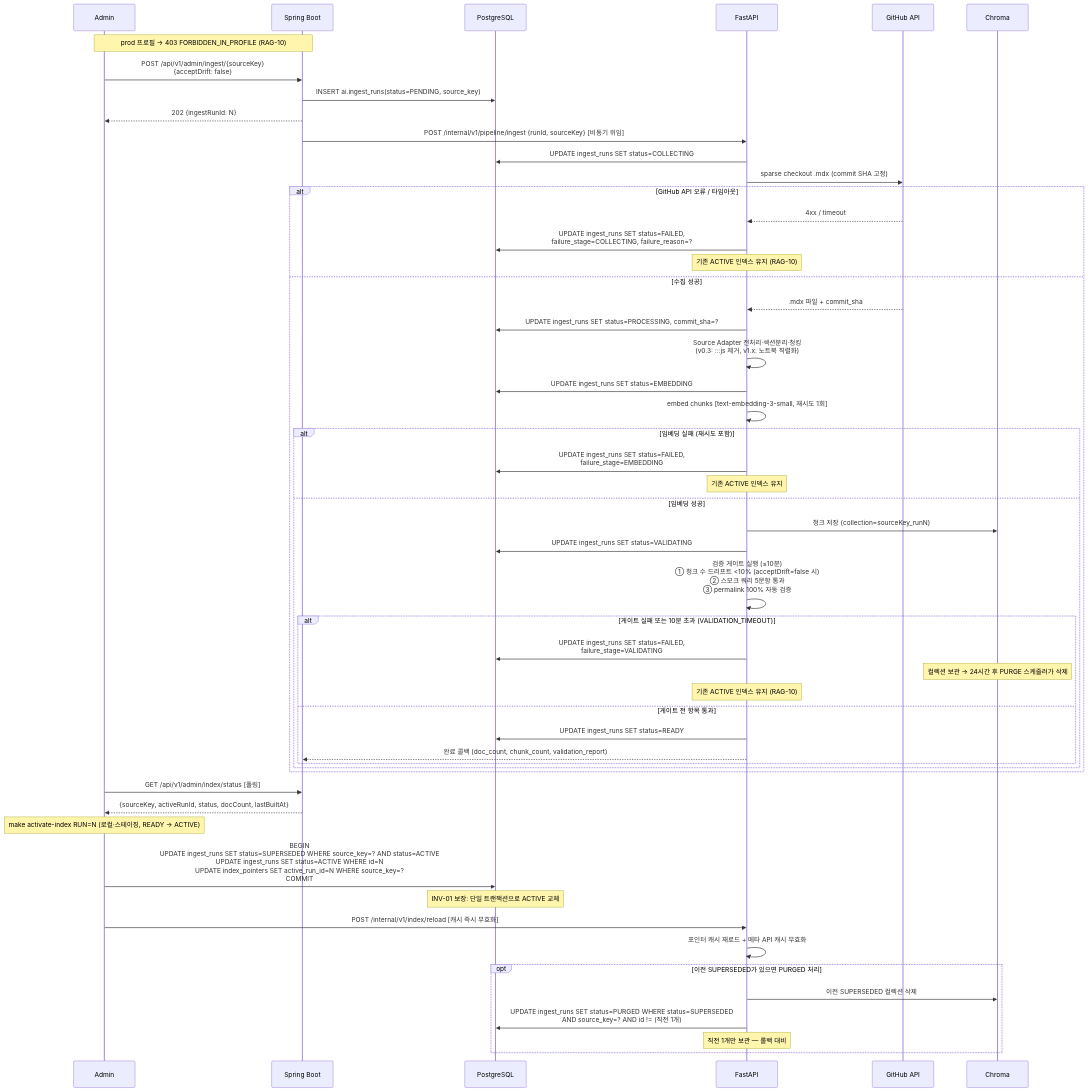
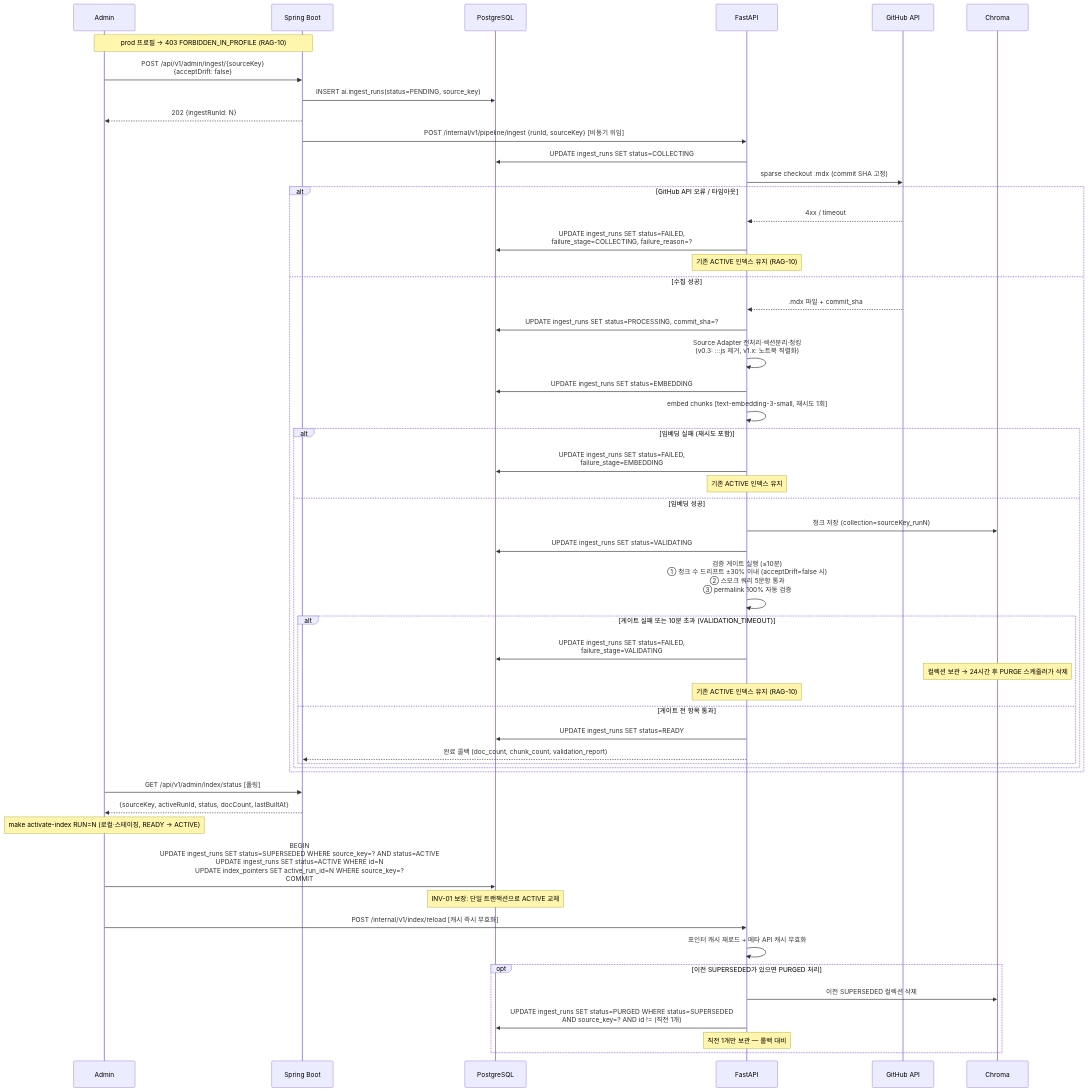
Diagram 11 of 12 in docs/architecture/diagrams.md (r1nn-dev/contextq-rag), drawn with Mermaid before and after one commit. The commit also changed other lines of this file and 12 other files, not shown here.

````diff
--- a/docs/architecture/diagrams.md
+++ b/docs/architecture/diagrams.md
@@ -457,66 +457,66 @@
 ```mermaid
 sequenceDiagram
     participant Admin
     participant BE as Spring Boot
     participant DB as PostgreSQL
     participant AI as FastAPI
     participant GH as GitHub API
     participant VDB as Chroma
 
     Note over Admin,BE: prod 프로필 → 403 FORBIDDEN_IN_PROFILE (RAG-10)
     Admin->>BE: POST /api/v1/admin/ingest/{sourceKey}<br/>{acceptDrift: false}
     BE->>DB: INSERT ai.ingest_runs(status=PENDING, source_key)
     BE-->>Admin: 202 {ingestRunId: N}
     BE->>AI: POST /internal/v1/pipeline/ingest {runId, sourceKey} [비동기 위임]
 
     AI->>DB: UPDATE ingest_runs SET status=COLLECTING
     AI->>GH: sparse checkout .mdx (commit SHA 고정)
 
     alt GitHub API 오류 / 타임아웃
         GH-->>AI: 4xx / timeout
         AI->>DB: UPDATE ingest_runs SET status=FAILED,<br/>failure_stage=COLLECTING, failure_reason=?
         Note over AI: 기존 ACTIVE 인덱스 유지 (RAG-10)
     else 수집 성공
         GH-->>AI: .mdx 파일 + commit_sha
         AI->>DB: UPDATE ingest_runs SET status=PROCESSING, commit_sha=?
 
         AI->>AI: Source Adapter 전처리·섹션분리·청킹<br/>(v0.3: :::js 제거, v1.x: 노트북 직렬화)
 
         AI->>DB: UPDATE ingest_runs SET status=EMBEDDING
         AI->>AI: embed chunks [text-embedding-3-small, 재시도 1회]
 
         alt 임베딩 실패 (재시도 포함)
             AI->>DB: UPDATE ingest_runs SET status=FAILED,<br/>failure_stage=EMBEDDING
             Note over AI: 기존 ACTIVE 인덱스 유지
         else 임베딩 성공
             AI->>VDB: 청크 저장 (collection=sourceKey_runN)
             AI->>DB: UPDATE ingest_runs SET status=VALIDATING
 
-            AI->>AI: 검증 게이트 실행 (≤10분)<br/>① 청크 수 드리프트 <10% (acceptDrift=false 시)<br/>② 스모크 쿼리 5문항 통과<br/>③ permalink 100% 자동 검증
+            AI->>AI: 검증 게이트 실행 (≤10분)<br/>① 청크 수 드리프트 ±30% 이내 (acceptDrift=false 시)<br/>② 스모크 쿼리 5문항 통과<br/>③ permalink 100% 자동 검증
 
             alt 게이트 실패 또는 10분 초과 (VALIDATION_TIMEOUT)
                 AI->>DB: UPDATE ingest_runs SET status=FAILED,<br/>failure_stage=VALIDATING
                 Note over VDB: 컬렉션 보관 → 24시간 후 PURGE 스케줄러가 삭제
                 Note over AI: 기존 ACTIVE 인덱스 유지 (RAG-10)
             else 게이트 전 항목 통과
                 AI->>DB: UPDATE ingest_runs SET status=READY
                 AI-->>BE: 완료 콜백 (doc_count, chunk_count, validation_report)
             end
         end
     end
 
     Admin->>BE: GET /api/v1/admin/index/status [폴링]
     BE-->>Admin: {sourceKey, activeRunId, status, docCount, lastBuiltAt}
 
     Note over Admin: make activate-index RUN=N (로컬·스테이징, READY → ACTIVE)
     Admin->>DB: BEGIN<br/>UPDATE ingest_runs SET status=SUPERSEDED WHERE source_key=? AND status=ACTIVE<br/>UPDATE ingest_runs SET status=ACTIVE WHERE id=N<br/>UPDATE index_pointers SET active_run_id=N WHERE source_key=?<br/>COMMIT
     Note over DB: INV-01 보장: 단일 트랜잭션으로 ACTIVE 교체
     Admin->>AI: POST /internal/v1/index/reload [캐시 즉시 무효화]
     AI->>AI: 포인터 캐시 재로드 + 메타 API 캐시 무효화
 
     opt 이전 SUPERSEDED가 있으면 PURGED 처리
         AI->>VDB: 이전 SUPERSEDED 컬렉션 삭제
         AI->>DB: UPDATE ingest_runs SET status=PURGED WHERE status=SUPERSEDED<br/>AND source_key=? AND id != (직전 1개)
         Note over AI: 직전 1개만 보관 — 롤백 대비
     end
 ```
````
